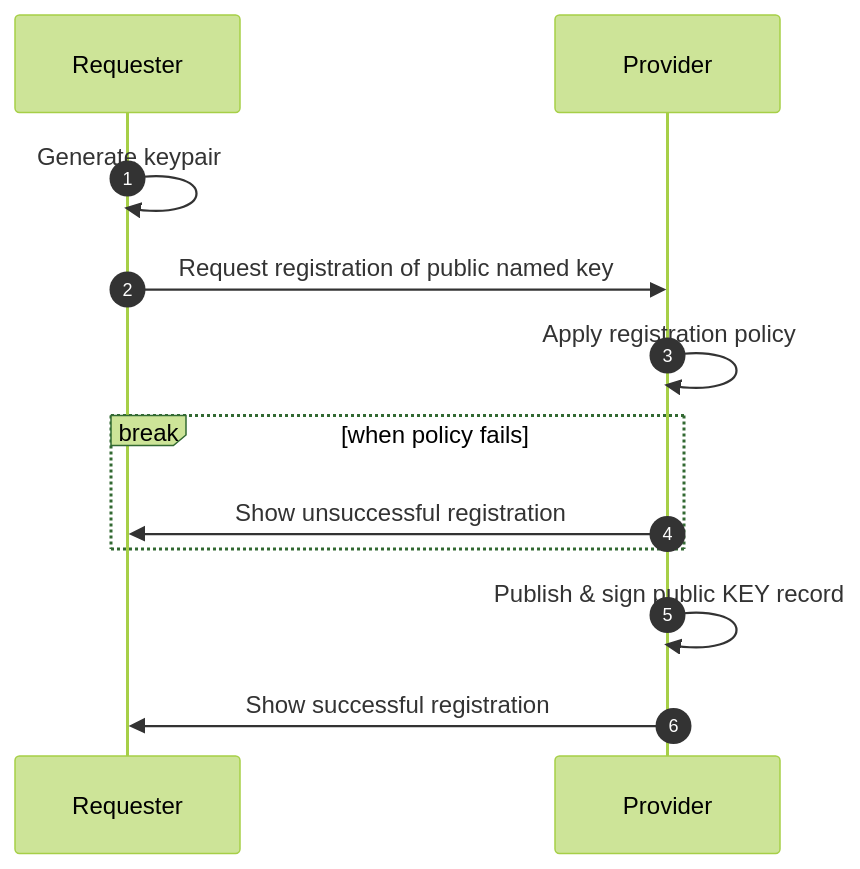
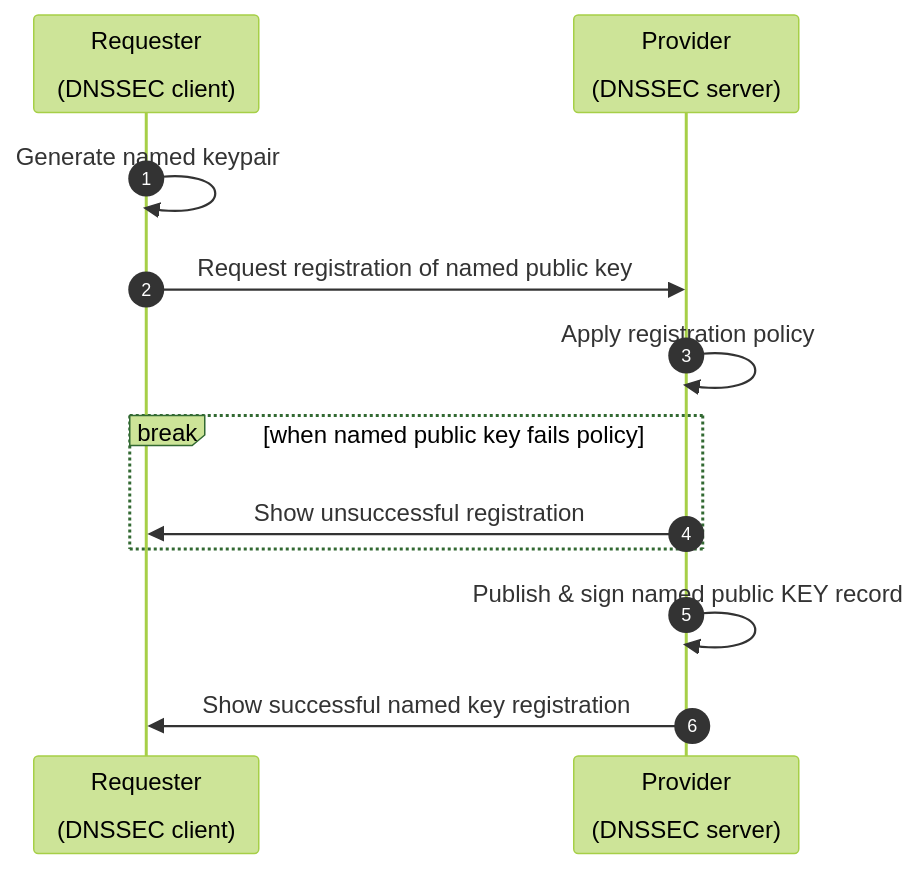
One commit to NetworkCommons/sig0namectl changed the first of 2 diagrams in README.md. Above: the diagram before and after it, drawn with Mermaid (forest theme). The commit also changed other lines of this file, not shown here.

Commit message:
adds improved mermaid sequences

````diff
--- a/README.md
+++ b/README.md
@@ -64,15 +64,15 @@
 ```mermaid
 sequenceDiagram
 autonumber
-  participant R as Requester
-  participant P as Provider
+  participant R as Requester<br><br>(DNSSEC client)
+  participant P as Provider<br><br>(DNSSEC server)
 
-  R->>R: Generate keypair
-  R->>P: Request registration of public named key
+  R->>R: Generate named keypair
+  R->>P: Request registration of named public key
   P->>P: Apply registration policy
-  break when policy fails
+  break when named public key fails policy
     P->>R: Show unsuccessful registration
   end
-  P->>+P: Publish & sign public KEY record
-  P->>R: Show successful registration
+  P->>+P: Publish & sign named public KEY record
+  P->>R: Show successful named key registration
 ```
````
